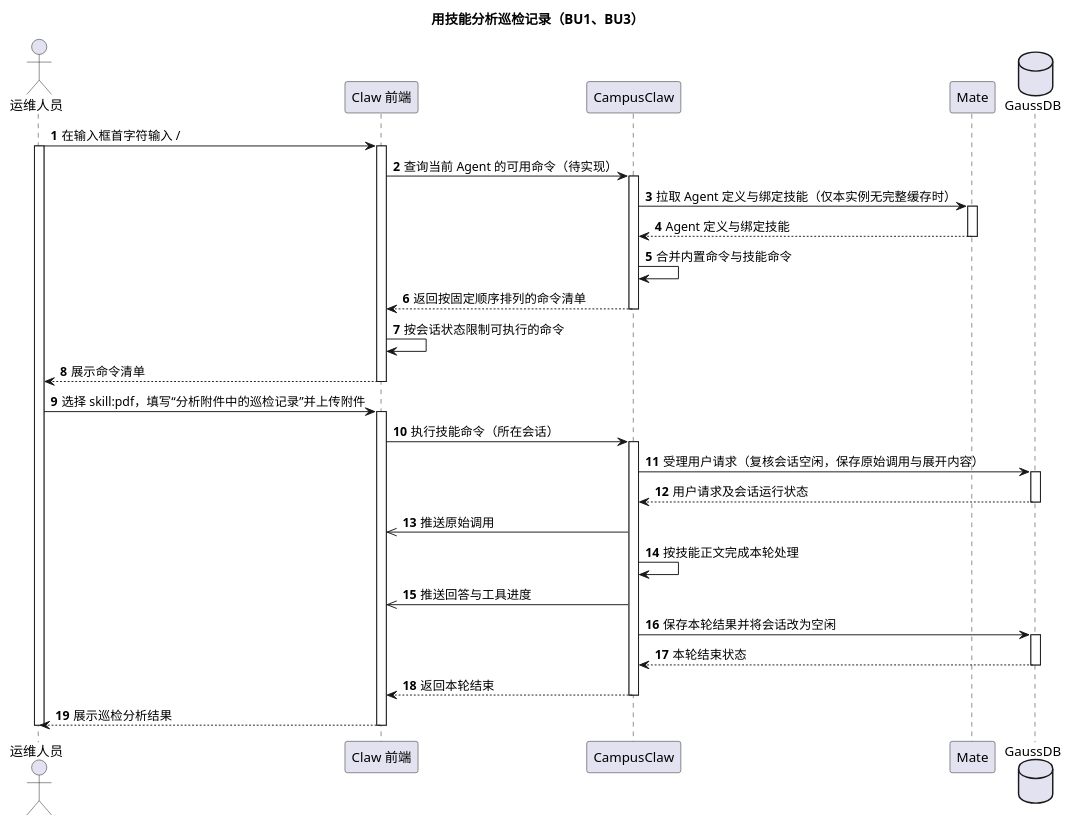
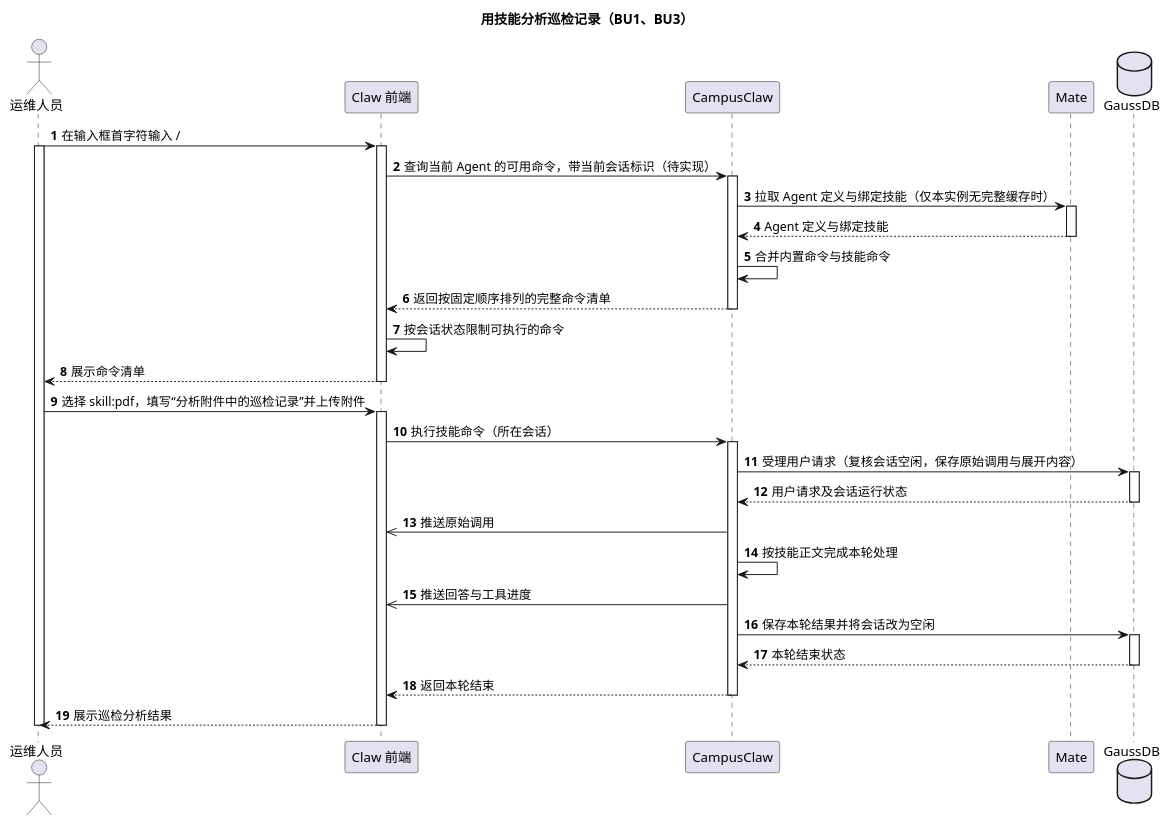
Before and after one commit to ssm0808/pi-mono-java-design: the first of 5 diagrams in 01-总体架构/04-CampusClaw命令系统/diagram.puml, drawn with PlantUML. The commit also changed other lines of this file and 22 other files, not shown here.

First line of the commit message:
ListAgentCommands: optional sessionId selects catalog scope

```diff
--- a/01-总体架构/04-CampusClaw命令系统/diagram.puml
+++ b/01-总体架构/04-CampusClaw命令系统/diagram.puml
@@ -1,36 +1,36 @@
 @startuml slash_command_overview
 title 用技能分析巡检记录（BU1、BU3）
 ' 已观察行为：pi-mono-java@fd431002 RuntimeCommandCatalogController.list 仍按 sessionId 读取清单；RuntimeCommandController.execute 对 Skill 返回请求级 SSE。
 ' 源码证据：modules/coding-agent-cli/src/main/java/com/campusclaw/codingagent/runtimeapi/web/RuntimeCommandCatalogController.java list；同包 RuntimeCommandController.java execute/executeSkill。
-' 设计原因：清单归属 Agent，执行归属会话；同一进程内的 Controller、Service 与运行时并入 CampusClaw，只在下钻图中拆开。
-' 待实现：按 agentId 查询清单（步骤 2～5）。
+' 设计原因：清单归属 Agent，可选 sessionId 只决定是否包含会话命令；执行归属会话；同一进程内的 Controller、Service 与运行时并入 CampusClaw，只在下钻图中拆开。
+' 待实现：按 agentId 与可选 sessionId 查询清单（步骤 2～5）。
 skinparam shadowing false
 autonumber
 actor "运维人员" as User
 participant "Claw 前端" as Web
 participant "CampusClaw" as Claw
 participant "Mate" as Mate
 database "GaussDB" as DB
 
 User -> Web ++ : 在输入框首字符输入 /
 activate User
-Web -> Claw ++ : 查询当前 Agent 的可用命令（待实现）
+Web -> Claw ++ : 查询当前 Agent 的可用命令，带当前会话标识（待实现）
 Claw -> Mate ++ : 拉取 Agent 定义与绑定技能（仅本实例无完整缓存时）
 return Agent 定义与绑定技能
 Claw -> Claw : 合并内置命令与技能命令
-return 返回按固定顺序排列的命令清单
+return 返回按固定顺序排列的完整命令清单
 Web -> Web : 按会话状态限制可执行的命令
 return 展示命令清单
 User -> Web ++ : 选择 skill:pdf，填写“分析附件中的巡检记录”并上传附件
 Web -> Claw ++ : 执行技能命令（所在会话）
 Claw -> DB ++ : 受理用户请求（复核会话空闲，保存原始调用与展开内容）
 return 用户请求及会话运行状态
 Claw ->> Web : 推送原始调用
 Claw -> Claw : 按技能正文完成本轮处理
 Claw ->> Web : 推送回答与工具进度
 Claw -> DB ++ : 保存本轮结果并将会话改为空闲
 return 本轮结束状态
 return 返回本轮结束
 return 展示巡检分析结果
 deactivate User
 @enduml
```
